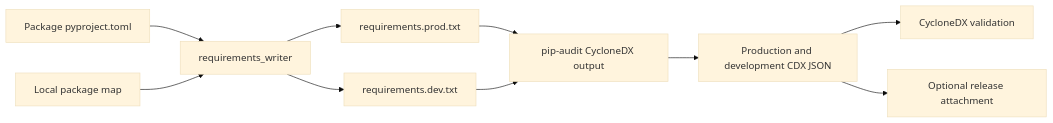
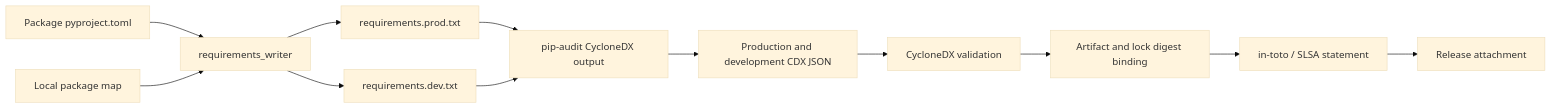
The first of 2 diagrams in docs/07-bijux-canon-maintain/bijux-canon-dev/sbom-and-supply-chain.md (bijux/bijux-canon), drawn with Mermaid (base theme) before and after one commit. The commit also changed other lines of this file and 5 other files, not shown here.

````diff
--- a/docs/07-bijux-canon-maintain/bijux-canon-dev/sbom-and-supply-chain.md
+++ b/docs/07-bijux-canon-maintain/bijux-canon-dev/sbom-and-supply-chain.md
@@ -18,12 +19,14 @@
 ```mermaid
 flowchart LR
     metadata[Package pyproject.toml] --> writer[requirements_writer]
     workspace[Local package map] --> writer
     writer --> prod[requirements.prod.txt]
     writer --> dev[requirements.dev.txt]
     prod --> audit[pip-audit CycloneDX output]
     dev --> audit
     audit --> sboms[Production and development CDX JSON]
     sboms --> validate[CycloneDX validation]
-    sboms --> release[Optional release attachment]
+    validate --> bind[Artifact and lock digest binding]
+    bind --> attest[in-toto / SLSA statement]
+    attest --> release[Release attachment]
 ```
````
